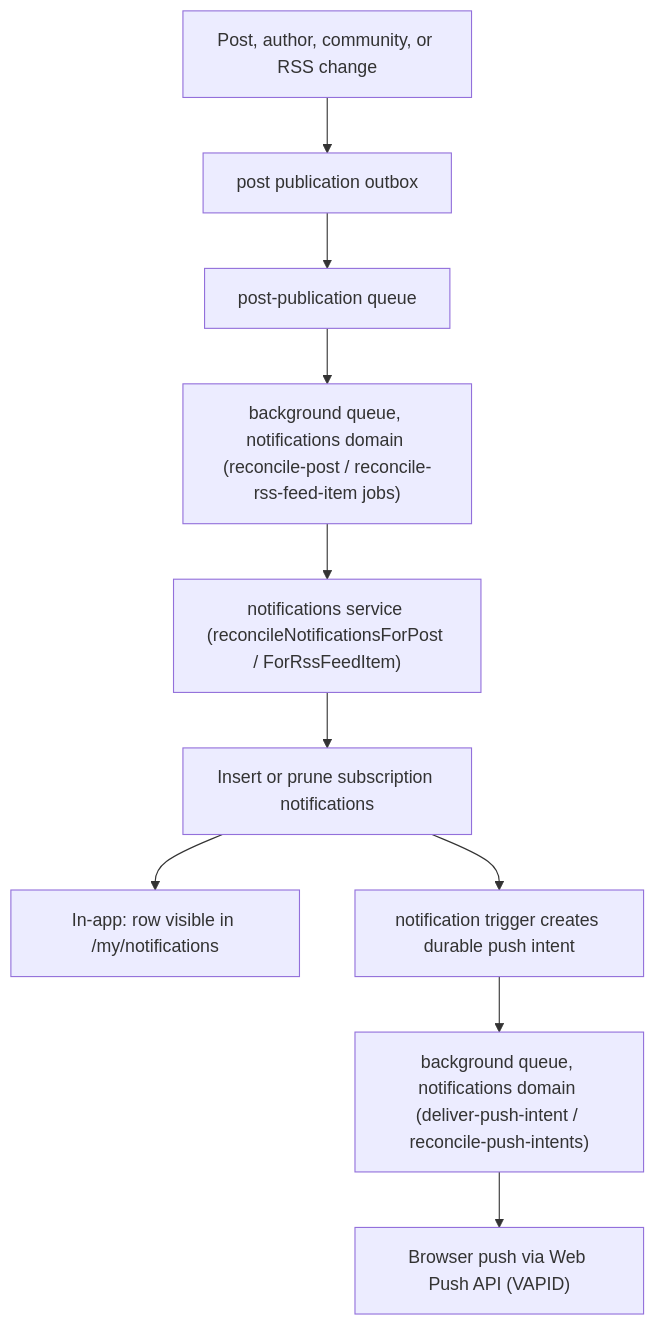
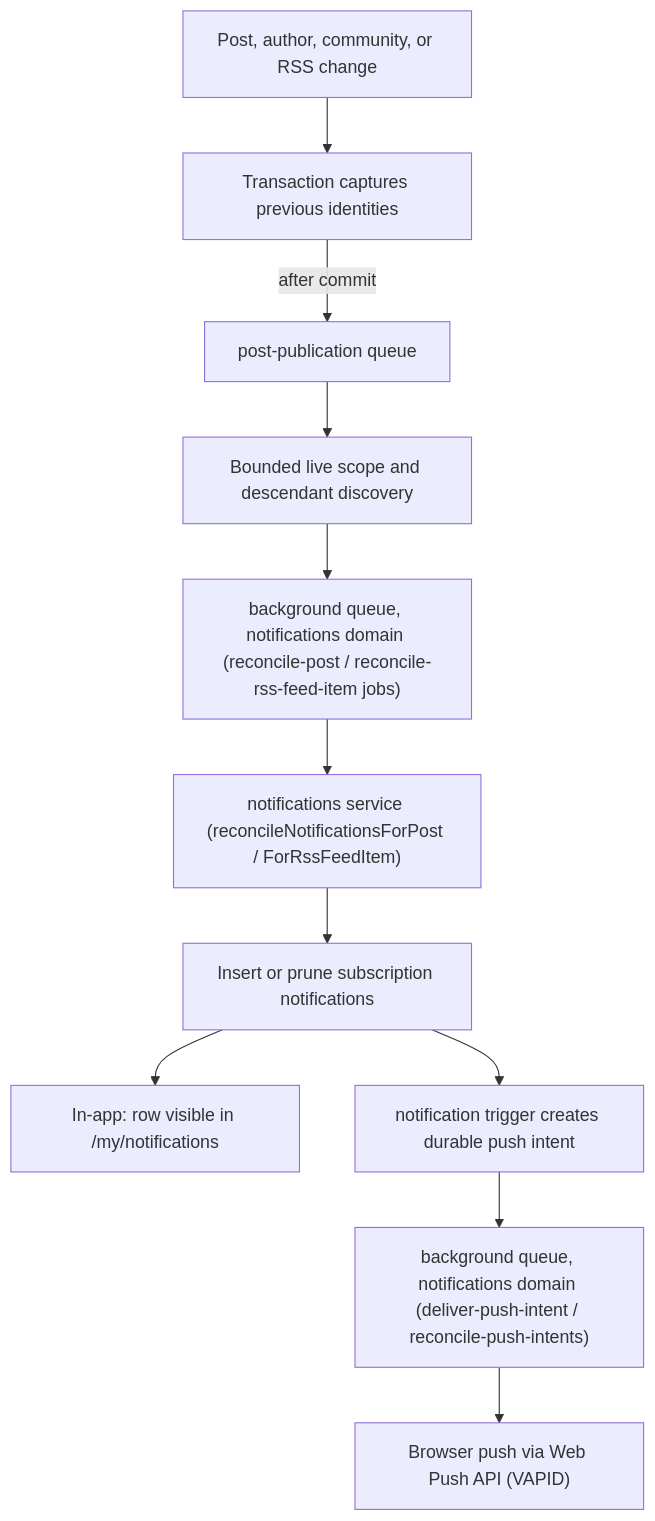
One commit to vouchington/vouchington changed the diagram in docs/overview/architecture/notifications.md. Above: the diagram before and after it, drawn with Mermaid. The commit also changed other lines of this file and 28 other files, not shown here.

Commit message:
fix(publication): restore bounded scope and continuation effects

````diff
--- a/docs/overview/architecture/notifications.md
+++ b/docs/overview/architecture/notifications.md
@@ -11,12 +12,13 @@
 ```mermaid
 flowchart TD
-  E["Post, author, community, or RSS change"] --> O["post publication outbox"]
-  O --> Q["post-publication queue"]
-  Q --> J["background queue, notifications domain (reconcile-post / reconcile-rss-feed-item jobs)"]
+  E["Post, author, community, or RSS change"] --> C["Transaction captures previous identities"]
+  C -->|after commit| Q["post-publication queue"]
+  Q --> L["Bounded live scope and descendant discovery"]
+  L --> J["background queue, notifications domain (reconcile-post / reconcile-rss-feed-item jobs)"]
   J --> S["notifications service (reconcileNotificationsForPost / ForRssFeedItem)"]
   S --> I["Insert or prune subscription notifications"]
   I --> IA["In-app: row visible in /my/notifications"]
   I --> T["notification trigger creates durable push intent"]
   T --> D["background queue, notifications domain (deliver-push-intent / reconcile-push-intents)"]
   D --> W["Browser push via Web Push API (VAPID)"]
 ```
````
